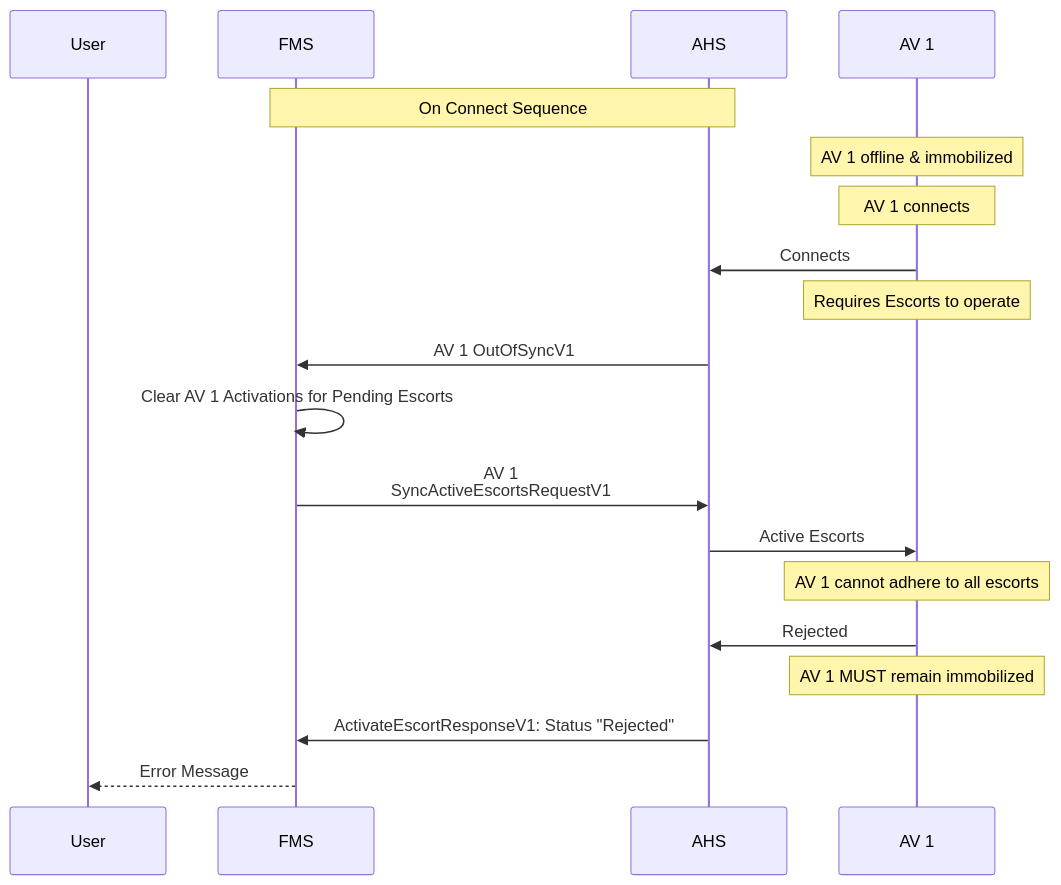
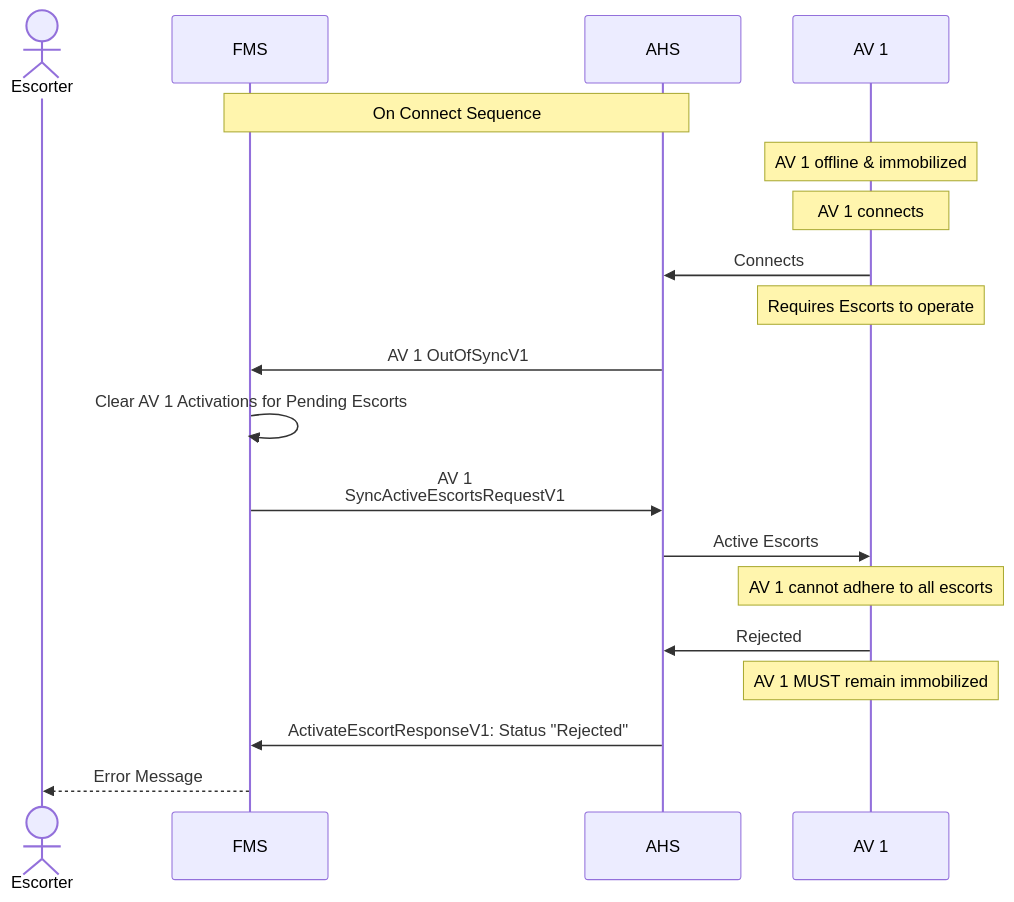
The third of 3 diagrams in diagram/Synchronization.md (open-autonomy/escort), drawn with Mermaid before and after one commit. The commit also changed other lines of this file and 2 other files, not shown here.

Commit message:
Replace participant User with actor Escorter

````diff
--- a/diagram/Synchronization.md
+++ b/diagram/Synchronization.md
@@ -113,32 +113,32 @@
 ```mermaid
 sequenceDiagram
-    participant User
+    actor Escorter
     participant FMS
     participant AHS
     participant AV 1
 
     Note over FMS,AHS: On Connect Sequence
 
     Note over AV 1: AV 1 offline & immobilized
 
     Note Over AV 1: AV 1 connects
 
     AV 1->>AHS: Connects
     Note Over AV 1: Requires Escorts to operate
 
     AHS->>FMS: AV 1 OutOfSyncV1
     FMS->>FMS: Clear AV 1 Activations for Pending Escorts
 
     FMS->>AHS: AV 1 <br/> SyncActiveEscortsRequestV1
     AHS->>AV 1: Active Escorts
     Note Over AV 1: AV 1 cannot adhere to all escorts
 
     AV 1->>AHS: Rejected
 
     Note Over AV 1: AV 1 MUST remain immobilized
 
     AHS->>FMS: ActivateEscortResponseV1: Status "Rejected"
 
-    FMS-->>User: Error Message
+    FMS-->>Escorter: Error Message
 
 ```
````
